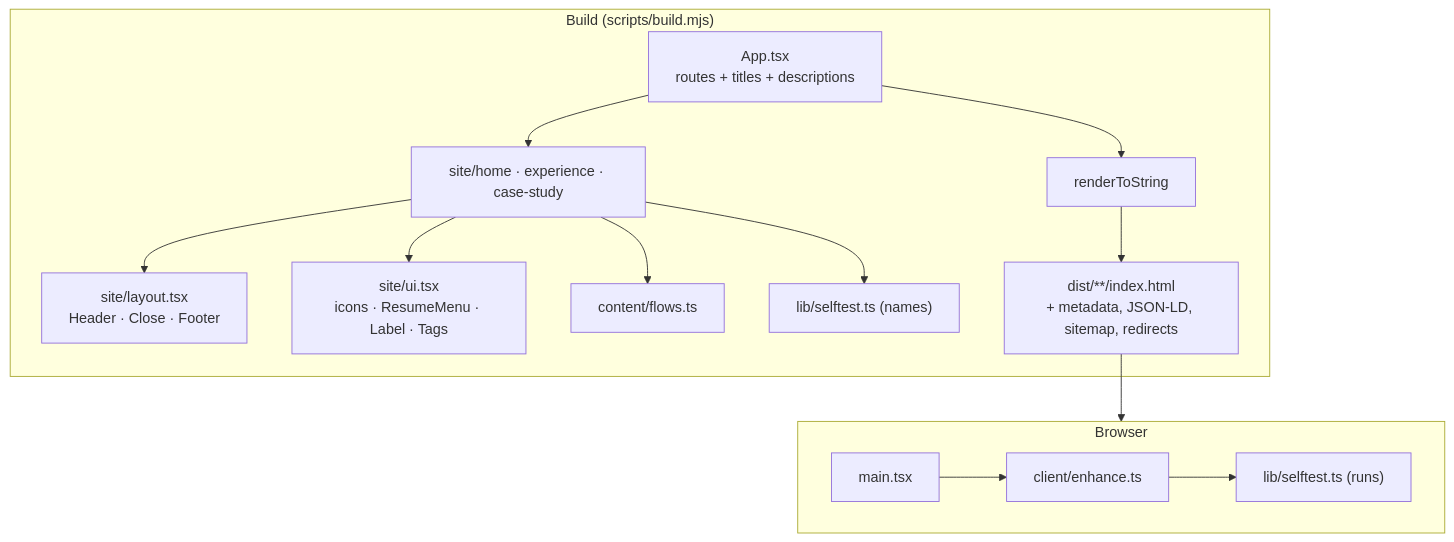
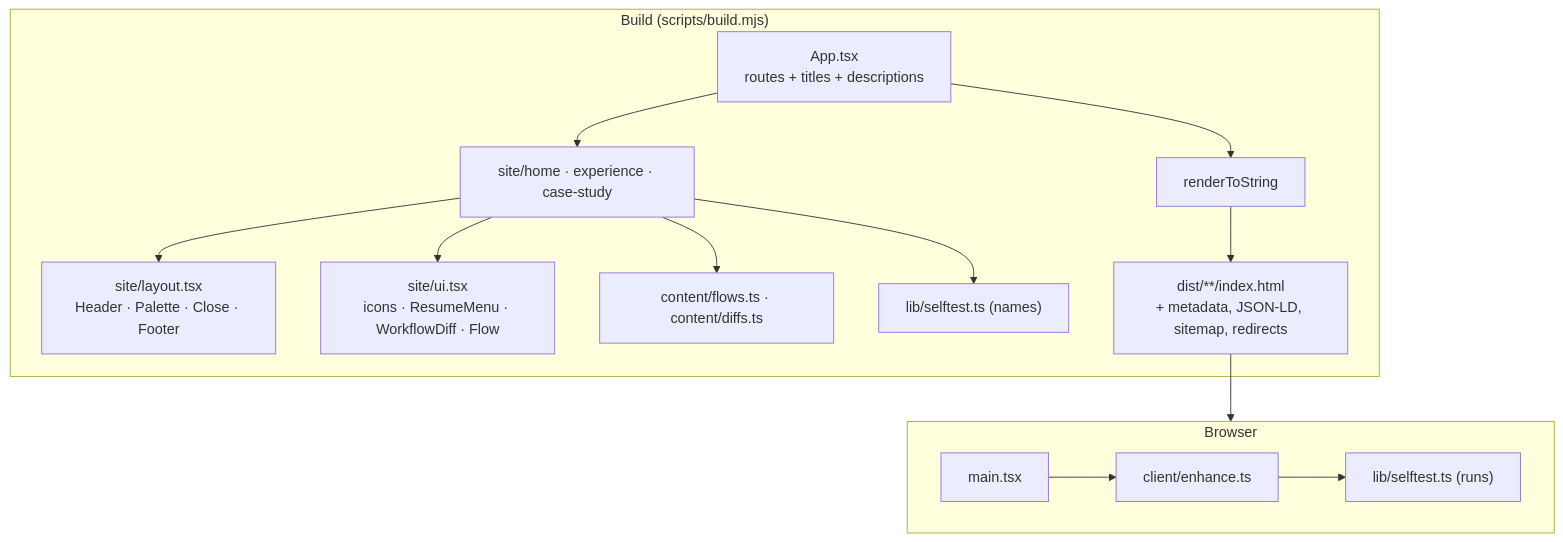
One commit to mohamedmoheyeldin/portfolio changed the diagram in docs/ARCHITECTURE.md. Above: the diagram before and after it, drawn with Mermaid. The commit also changed other lines of this file and 18 other files, not shown here.

First line of the commit message:
Redesign the site as a change review with workflow diffs and a command palette

````diff
--- a/docs/ARCHITECTURE.md
+++ b/docs/ARCHITECTURE.md
@@ -15,16 +15,16 @@
 ```mermaid
 flowchart TB
   subgraph build["Build (scripts/build.mjs)"]
     App["App.tsx<br/>routes + titles + descriptions"] --> Pages["site/home · experience · case-study"]
-    Pages --> Layout["site/layout.tsx<br/>Header · Close · Footer"]
-    Pages --> UI["site/ui.tsx<br/>icons · ResumeMenu · Label · Tags"]
-    Pages --> Flows["content/flows.ts"]
+    Pages --> Layout["site/layout.tsx<br/>Header · Palette · Close · Footer"]
+    Pages --> UI["site/ui.tsx<br/>icons · ResumeMenu · WorkflowDiff · Flow"]
+    Pages --> Flows["content/flows.ts · content/diffs.ts"]
     Pages --> Checks["lib/selftest.ts (names)"]
     App --> SSR["renderToString"] --> HTML["dist/**/index.html<br/>+ metadata, JSON-LD, sitemap, redirects"]
   end
   subgraph browser["Browser"]
     Main["main.tsx"] --> Enhance["client/enhance.ts"]
     Enhance --> Run["lib/selftest.ts (runs)"]
   end
   HTML --> browser
 ```
````
